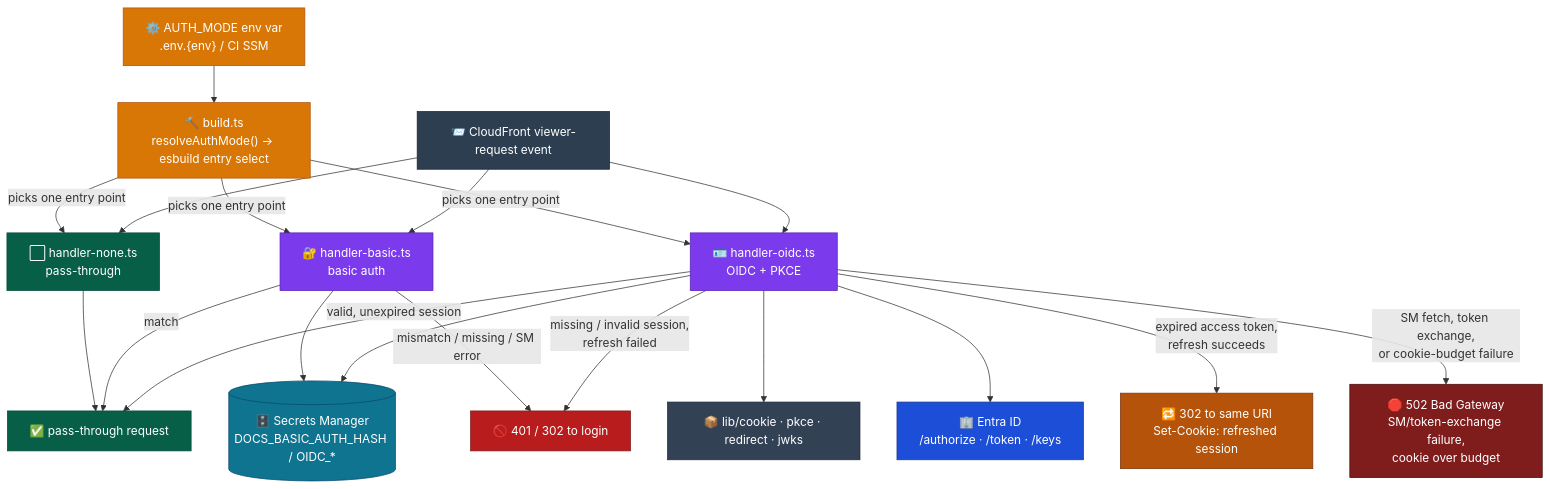
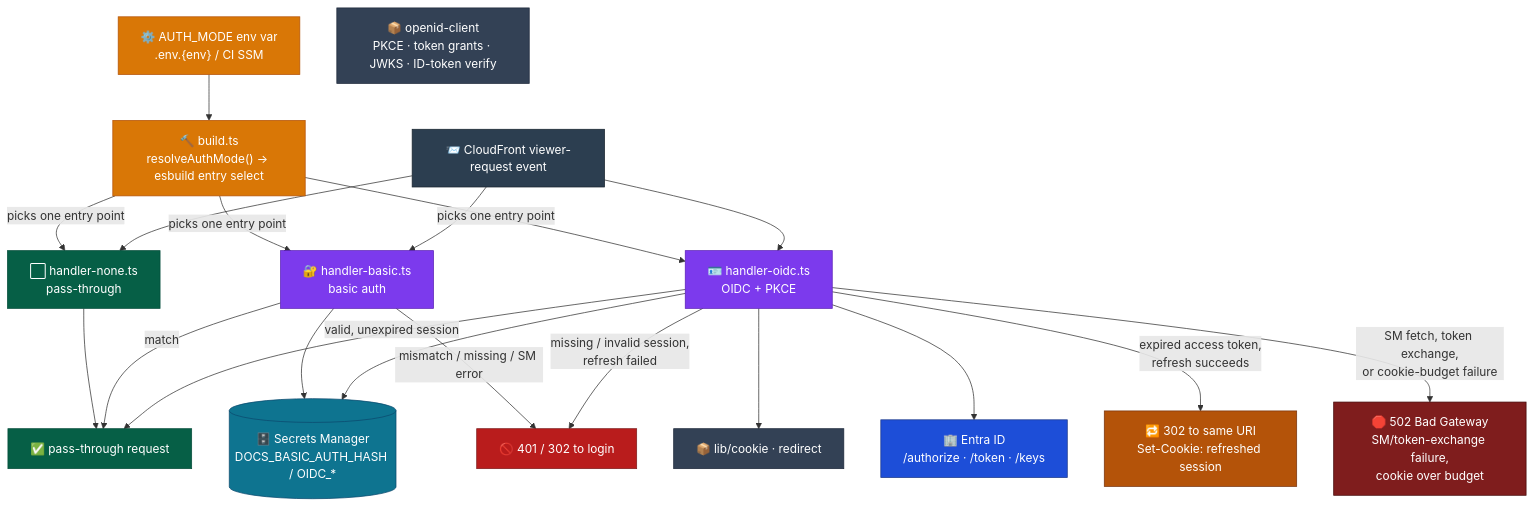
Before and after one commit to DataArt/adlc-discovery-tool: the diagram in docs/System Architecture (LLD)/Auth/00. Overview.md, drawn with Mermaid. The commit also changed other lines of this file, not shown here.

First line of the commit message:
docs(auth): update LLD Auth overview for openid-client + 2-cookie session

````diff
--- a/docs/System Architecture (LLD)/Auth/00. Overview.md
+++ b/docs/System Architecture (LLD)/Auth/00. Overview.md
@@ -7,48 +7,49 @@
 ```mermaid
 flowchart TD
     ENV["⚙️ AUTH_MODE env var\n.env.{env} / CI SSM"]:::build
     BLD["🔨 build.ts\nresolveAuthMode() → esbuild entry select"]:::build
     EVT["📨 CloudFront viewer-request event"]:::evt
 
     HN["⬜ handler-none.ts\npass-through"]:::allow
     HB["🔐 handler-basic.ts\nbasic auth"]:::handler
     HO["🪪 handler-oidc.ts\nOIDC + PKCE"]:::handler
 
     SM[("🗄️ Secrets Manager\nDOCS_BASIC_AUTH_HASH / OIDC_*")]:::sm
     ID["🏢 Entra ID\n/authorize · /token · /keys"]:::ext
-    LIB["📦 lib/cookie · pkce · redirect · jwks"]:::lib
+    OC["📦 openid-client\nPKCE · token grants · JWKS · ID-token verify"]:::lib
+    LIB["📦 lib/cookie · redirect"]:::lib
 
     UNAUTH["🚫 401 / 302 to login"]:::deny
     PASS["✅ pass-through request"]:::allow
     REFRESH["🔁 302 to same URI\nSet-Cookie: refreshed session"]:::refresh
     ERR["🛑 502 Bad Gateway\nSM/token-exchange failure,\ncookie over budget"]:::err
 
     ENV --> BLD
     BLD -->|"picks one entry point"| HN
     BLD -->|"picks one entry point"| HB
     BLD -->|"picks one entry point"| HO
     EVT --> HN --> PASS
     EVT --> HB
     EVT --> HO
     HB --> SM
     HO --> SM
     HO --> LIB
     HO --> ID
     HB -->|"match"| PASS
     HB -->|"mismatch / missing / SM error"| UNAUTH
     HO -->|"valid, unexpired session"| PASS
     HO -->|"expired access token,\nrefresh succeeds"| REFRESH
     HO -->|"missing / invalid session,\nrefresh failed"| UNAUTH
     HO -->|"SM fetch, token exchange,\nor cookie-budget failure"| ERR
 
     classDef evt     fill:#2C3E50,stroke:#1A252F,color:#fff
     classDef build   fill:#D97706,stroke:#B45309,color:#fff
     classDef handler fill:#7C3AED,stroke:#5B21B6,color:#fff
     classDef sm      fill:#0E7490,stroke:#0c4a6e,color:#fff
     classDef ext     fill:#1D4ED8,stroke:#1e3a8a,color:#fff
     classDef lib     fill:#334155,stroke:#1e293b,color:#fff
     classDef deny    fill:#B91C1C,stroke:#7f1d1d,color:#fff
     classDef allow   fill:#065F46,stroke:#064e3b,color:#fff
     classDef refresh fill:#B45309,stroke:#78350F,color:#fff
     classDef err     fill:#7f1d1d,stroke:#450a0a,color:#fff
 ```
````
